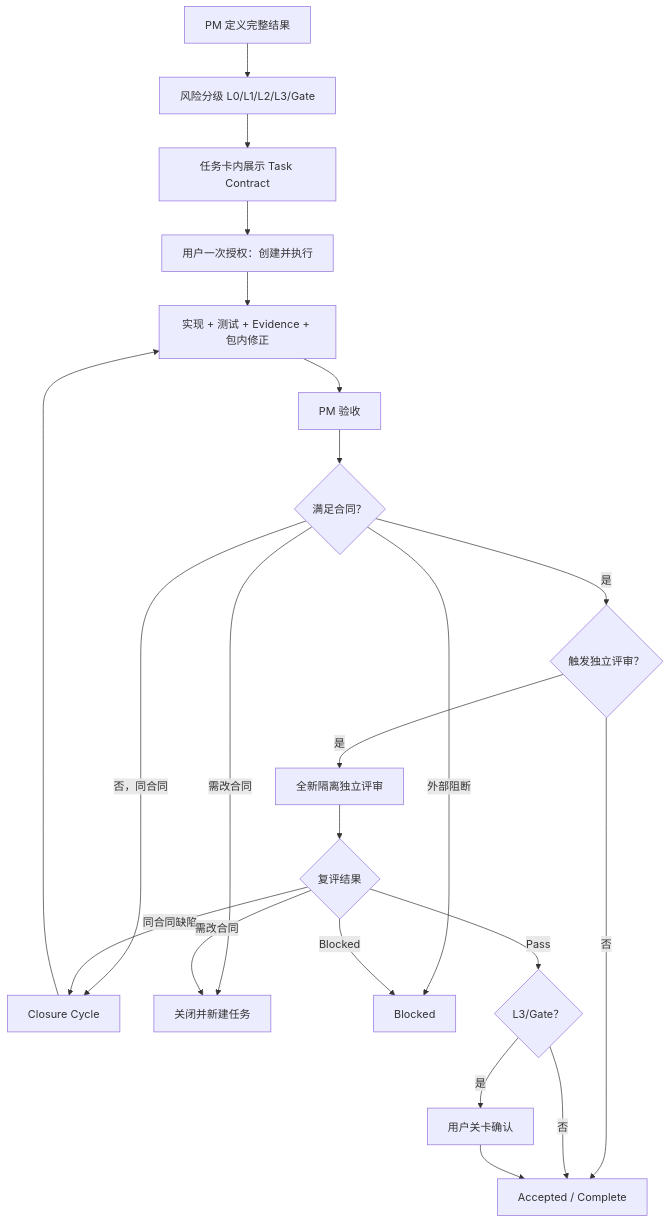
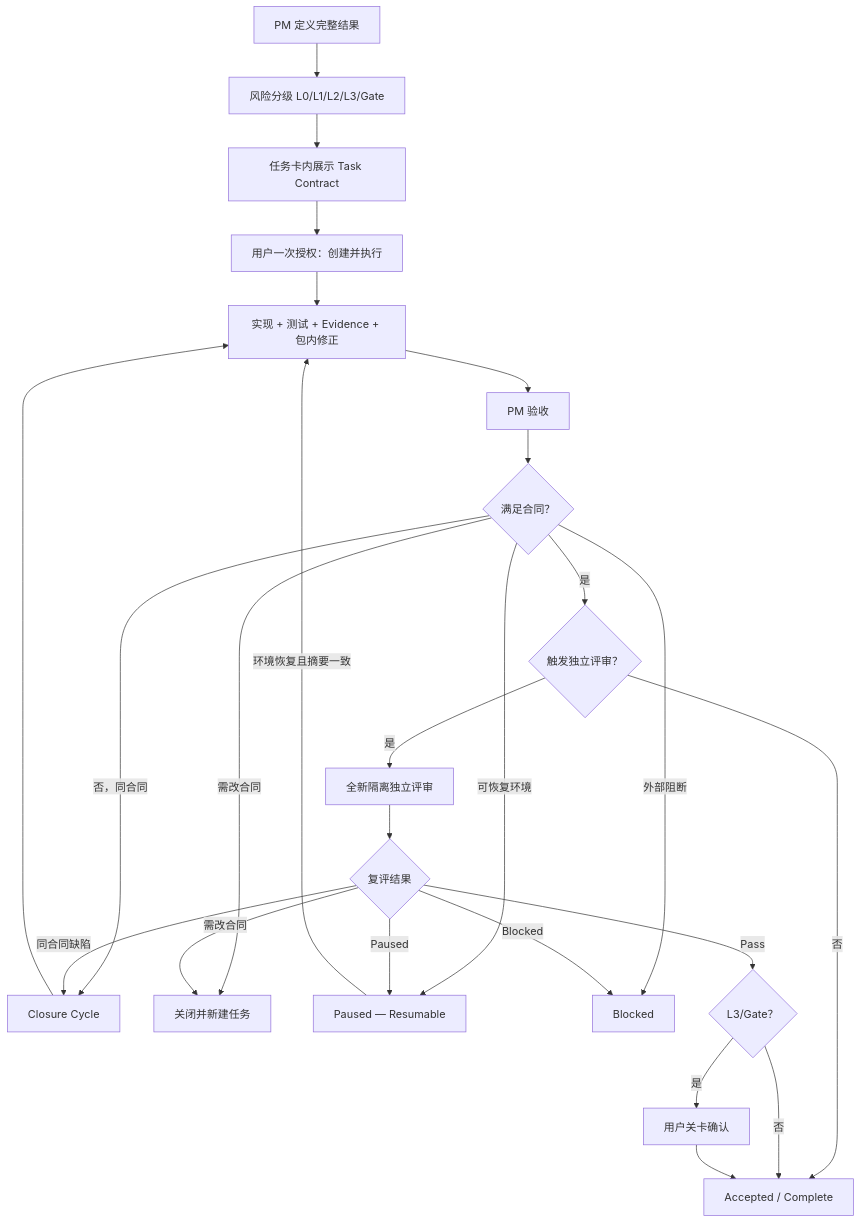
One commit to xegsw/LifeOS changed the diagram in lifeos/ACCEPTANCE_GOVERNANCE.md. Above: the diagram before and after it, drawn with Mermaid. The commit also changed other lines of this file and 13 other files, not shown here.

````diff
--- a/lifeos/ACCEPTANCE_GOVERNANCE.md
+++ b/lifeos/ACCEPTANCE_GOVERNANCE.md
@@ -131,24 +158,27 @@
 ```mermaid
 flowchart TD
     A["PM 定义完整结果"] --> B["风险分级 L0/L1/L2/L3/Gate"]
     B --> C["任务卡内展示 Task Contract"]
     C --> D["用户一次授权：创建并执行"]
     D --> E["实现 + 测试 + Evidence + 包内修正"]
     E --> F["PM 验收"]
     F --> G{"满足合同？"}
     G -- "是" --> H{"触发独立评审？"}
     G -- "否，同合同" --> I["Closure Cycle"]
     G -- "需改合同" --> J["关闭并新建任务"]
+    G -- "可恢复环境" --> Q["Paused — Resumable"]
     G -- "外部阻断" --> K["Blocked"]
     I --> E
     H -- "否" --> L["Accepted / Complete"]
     H -- "是" --> M["全新隔离独立评审"]
     M --> N{"复评结果"}
     N -- "Pass" --> O{"L3/Gate？"}
     N -- "同合同缺陷" --> I
     N -- "需改合同" --> J
+    N -- "Paused" --> Q
     N -- "Blocked" --> K
+    Q -- "环境恢复且摘要一致" --> E
     O -- "否" --> L
     O -- "是" --> P["用户关卡确认"]
     P --> L
 ```
````
